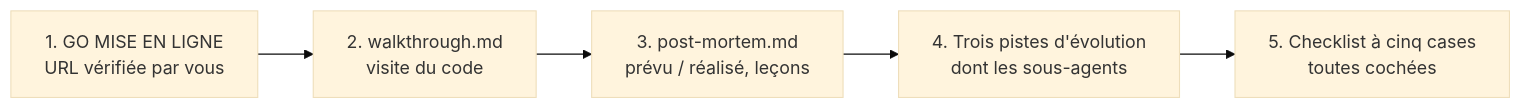
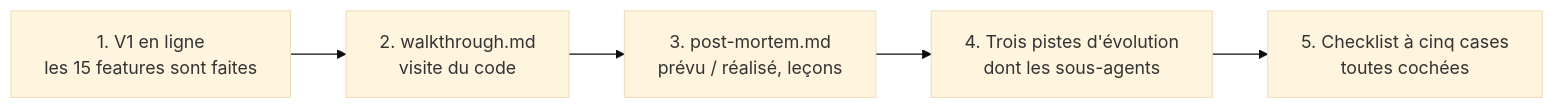
One commit to lecinquiemejour-code/goodvibe-tuto changed diagram 35 of 38 in tuto-goodvibe-vibecoding.md. Above: the diagram before and after it, drawn with Mermaid (base theme). The commit also changed other lines of this file and 1 other file, not shown here.

Commit message:
GO MISE EN LIGNE et dépôt GitHub au début de la fiche 13, deux clés distinctes, fiche 14 recentrée sur le CI/CD

````diff
--- a/tuto-goodvibe-vibecoding.md
+++ b/tuto-goodvibe-vibecoding.md
@@ -1247,7 +1256,7 @@
 ```mermaid
 flowchart LR
-    A["1. GO MISE EN LIGNE<br/>URL vérifiée par vous"] --> B["2. walkthrough.md<br/>visite du code"]
+    A["1. V1 en ligne<br/>les 15 features sont faites"] --> B["2. walkthrough.md<br/>visite du code"]
     B --> C["3. post-mortem.md<br/>prévu / réalisé, leçons"]
     C --> D["4. Trois pistes d'évolution<br/>dont les sous-agents"]
     D --> E["5. Checklist à cinq cases<br/>toutes cochées"]
 ```
````
